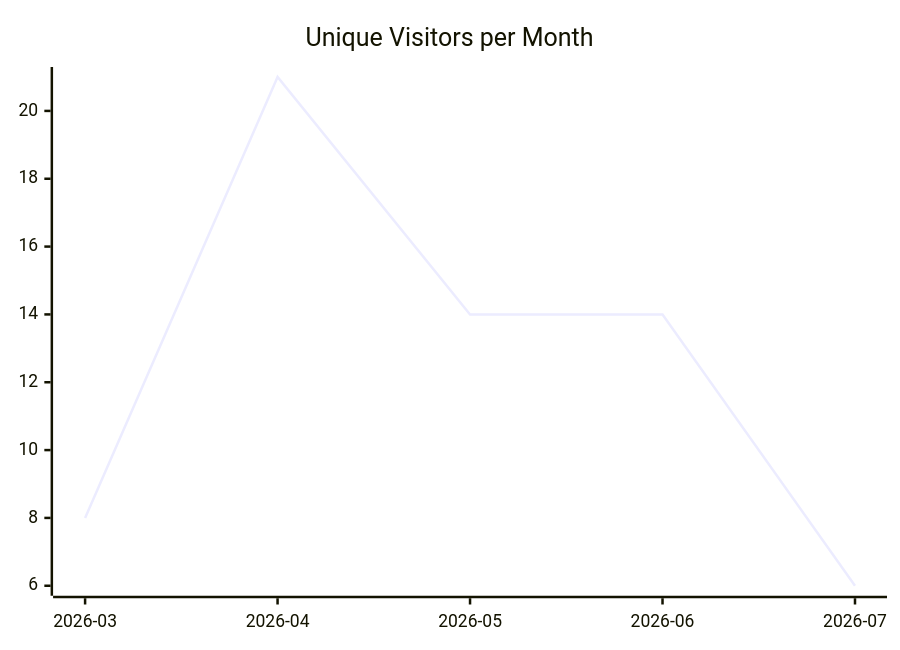
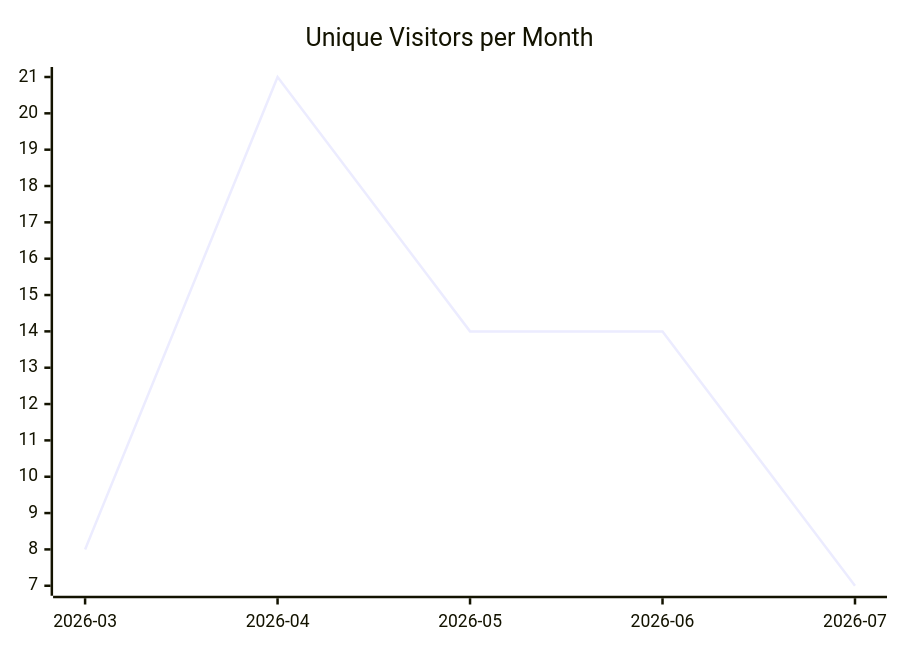
The first of 3 diagrams in karlmdavis/ksoap2-android/README.md (justdavis-family/github-analytics-data), drawn with Mermaid before and after one commit. The commit also changed other lines of this file and 188 other files, not shown here.

````diff
--- a/karlmdavis/ksoap2-android/README.md
+++ b/karlmdavis/ksoap2-android/README.md
@@ -5,6 +5,6 @@
 ```mermaid
 xychart-beta
   title "Unique Visitors per Month"
   x-axis ["2026-03", "2026-04", "2026-05", "2026-06", "2026-07"]
-  line [8, 21, 14, 14, 6]
+  line [8, 21, 14, 14, 7]
 ```
````
